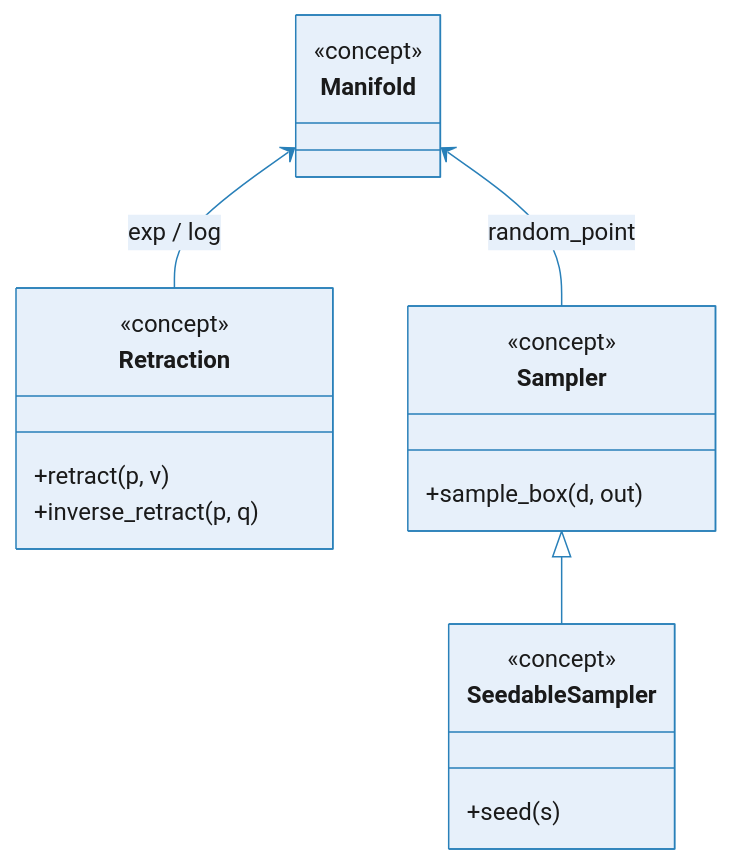
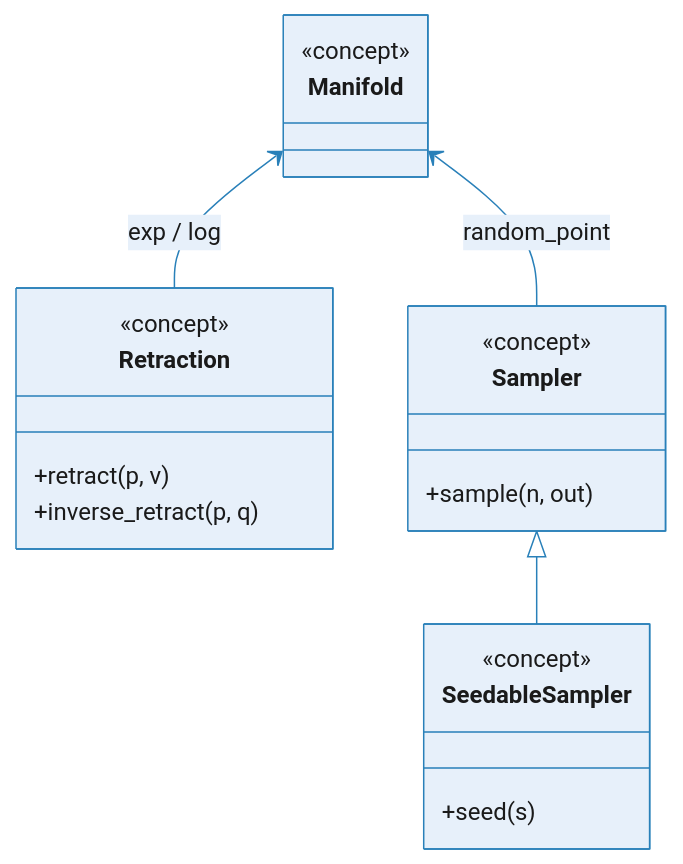
One commit to utiasSTARS/geodex changed the second of 3 diagrams in docs/concepts/architecture.rst. Above: the diagram before and after it, drawn with Mermaid. The commit also changed other lines of this file and 329 other files, not shown here.

```diff
--- a/docs/concepts/architecture.rst
+++ b/docs/concepts/architecture.rst
@@ -80,29 +96,29 @@
 .. mermaid::
 
    %%{init: {'theme':'base','themeVariables':{'primaryColor':'#e7f0fa','primaryTextColor':'#1a1a1a','primaryBorderColor':'#2980b9','lineColor':'#2980b9','secondaryColor':'#e7f0fa','tertiaryColor':'#f7fbfe','background':'transparent'}}}%%
    classDiagram
        direction TB
 
        class Manifold {
            <<concept>>
        }
 
        class Retraction {
            <<concept>>
            +retract(p, v)
            +inverse_retract(p, q)
        }
 
        class Sampler {
            <<concept>>
-           +sample_box(d, out)
+           +sample(n, out)
        }
 
        class SeedableSampler {
            <<concept>>
            +seed(s)
        }
 
        Manifold <-- Retraction : exp / log
        Manifold <-- Sampler : random_point
        Sampler <|-- SeedableSampler
```
